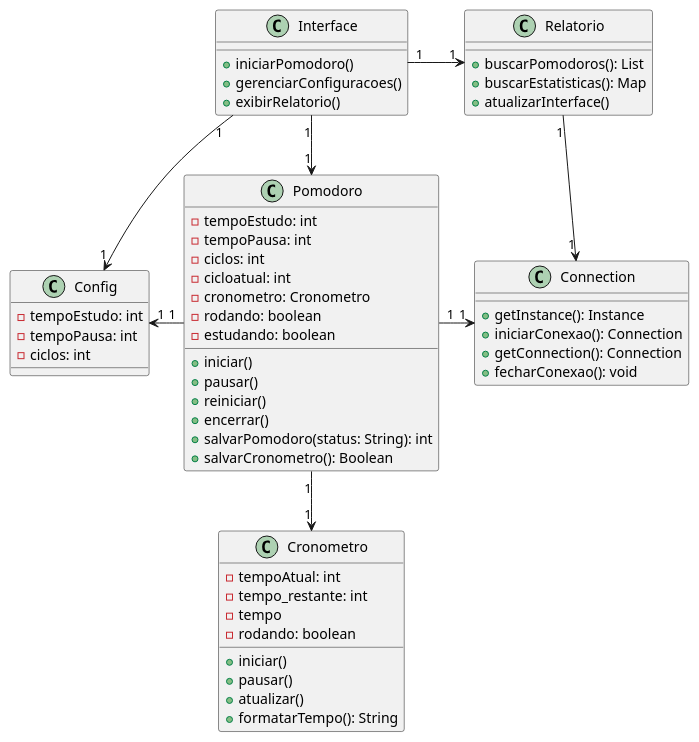
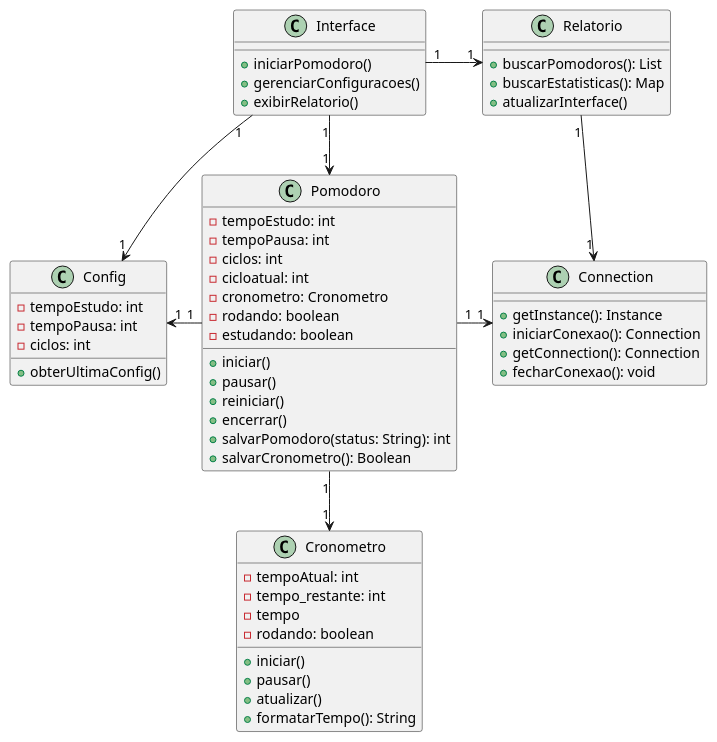
The diagram in docs/diagramas/diagramaclasse.iuml (queirozPedro/pomodoro), drawn with PlantUML before and after one commit. The commit also changed 1 other file, not shown here.

Commit message:
docs: atualiza diagrama de classes

```diff
--- a/docs/diagramas/diagramaclasse.iuml
+++ b/docs/diagramas/diagramaclasse.iuml
@@ -1,64 +1,65 @@
 @startuml "Diagrama"
 
 class Interface {
   + iniciarPomodoro()
   + gerenciarConfiguracoes()
   + exibirRelatorio()
 }
 
 class Pomodoro {
   - tempoEstudo: int
   - tempoPausa: int
   - ciclos: int
   - cicloatual: int
   - cronometro: Cronometro
   - rodando: boolean
   - estudando: boolean
   + iniciar()
   + pausar()
   + reiniciar()
   + encerrar()
   + salvarPomodoro(status: String): int
   + salvarCronometro(): Boolean
 }
 
 class Cronometro {
   - tempoAtual: int
   - tempo_restante: int
   - tempo
   - rodando: boolean
   + iniciar()
   + pausar()
   + atualizar()
   + formatarTempo(): String
 }
 
 class Config {
   - tempoEstudo: int
   - tempoPausa: int
   - ciclos: int
+  +obterUltimaConfig()
 }
 
 class Relatorio {
   + buscarPomodoros(): List
   + buscarEstatisticas(): Map
   + atualizarInterface()
 }
 
 class Connection{
   + getInstance(): Instance
   + iniciarConexao(): Connection
   + getConnection(): Connection
   + fecharConexao(): void
 }
 
 
 Interface "1" --> "1" Pomodoro
 Interface "1" --> "1" Config
 Interface "1" -right-> "1" Relatorio
 Pomodoro "1" --> "1" Cronometro
 Pomodoro "1" -left-> "1" Config
 Pomodoro "1" -right-> "1" Connection
 Relatorio "1" --> "1" Connection	
 
 @enduml
```
